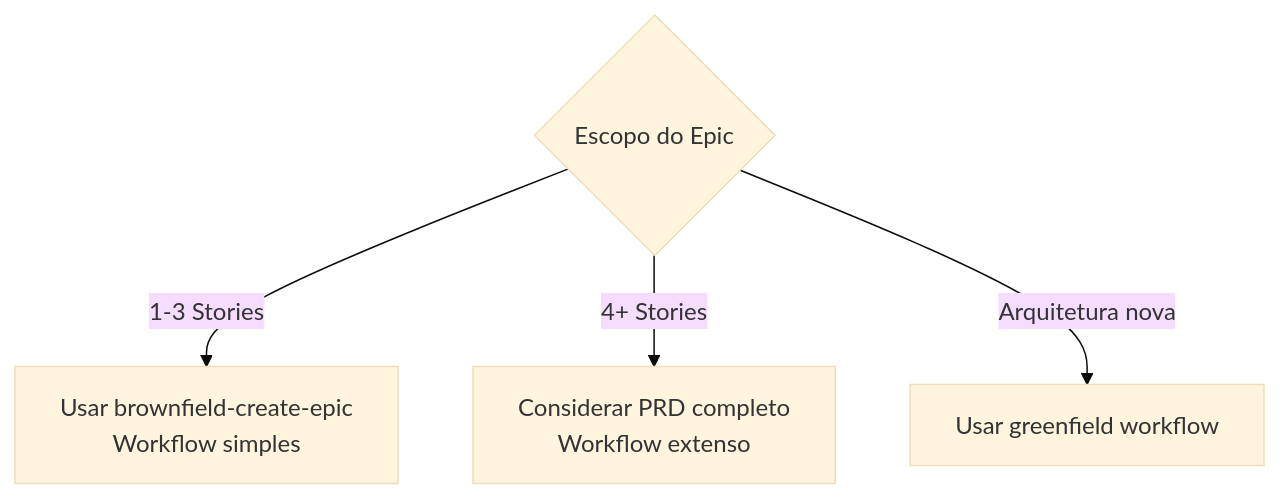
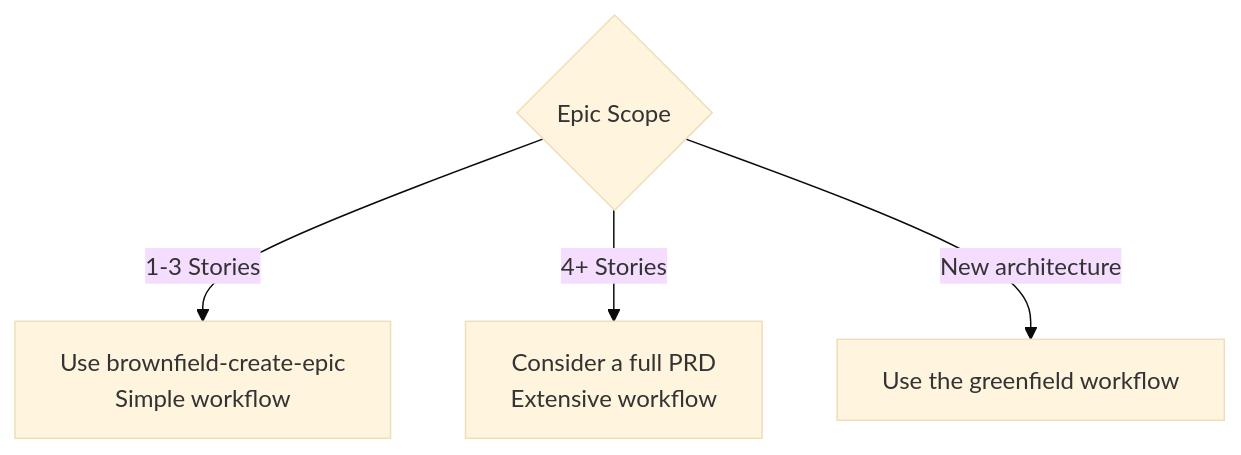
One commit to CyryxLabs/AEXOS changed the seventh of 7 diagrams in docs/aexos-workflows/brownfield-discovery-workflow.md. Above: the diagram before and after it, drawn with Mermaid (base theme). The commit also changed other lines of this file and 528 other files, not shown here.

````diff
--- a/docs/aexos-workflows/brownfield-discovery-workflow.md
+++ b/docs/aexos-workflows/brownfield-discovery-workflow.md
@@ -789,7 +789,7 @@
 ```mermaid
 flowchart TD
-    Q3{Escopo do Epic}
-    Q3 -->|1-3 Stories| A7[Usar brownfield-create-epic<br/>Workflow simples]
-    Q3 -->|4+ Stories| A8[Considerar PRD completo<br/>Workflow extenso]
-    Q3 -->|Arquitetura nova| A9[Usar greenfield workflow]
+    Q3{Epic Scope}
+    Q3 -->|1-3 Stories| A7[Use brownfield-create-epic<br/>Simple workflow]
+    Q3 -->|4+ Stories| A8[Consider a full PRD<br/>Extensive workflow]
+    Q3 -->|New architecture| A9[Use the greenfield workflow]
 ```
````
